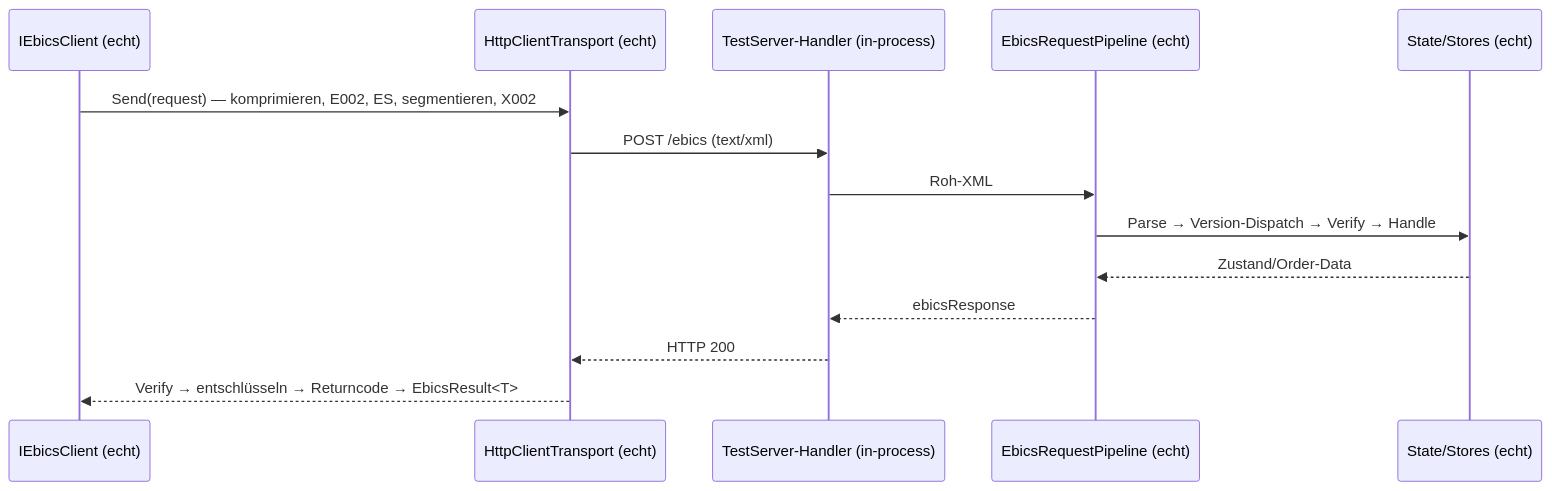
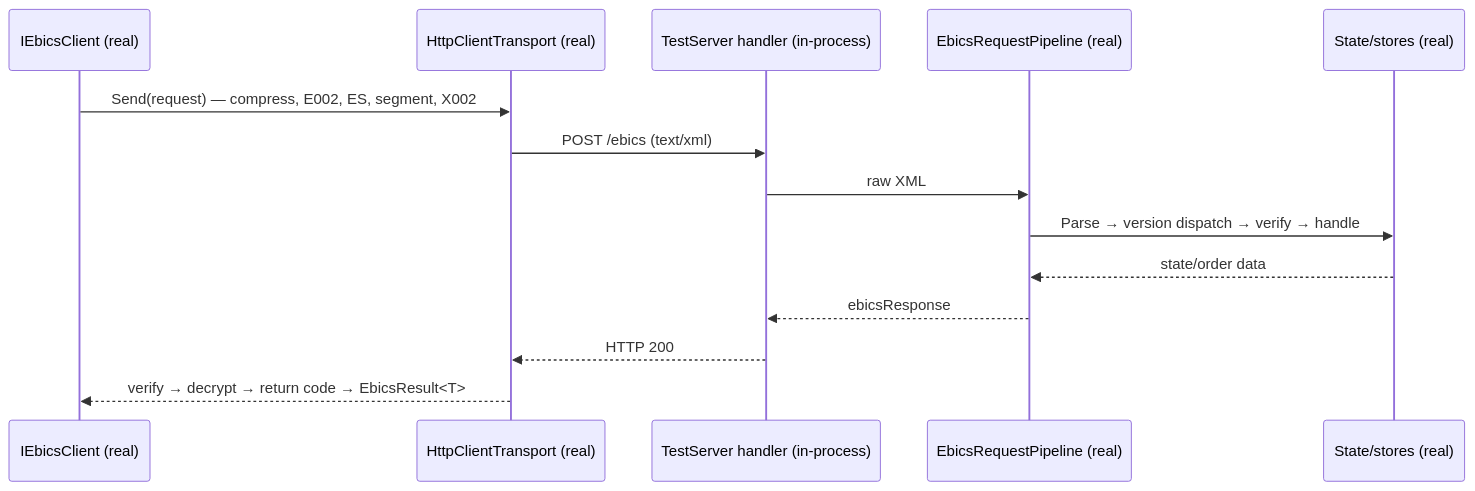
Before and after one commit to dominikz98/ebico: the diagram in docs/development/e2e-connector-server.md, drawn with Mermaid. The commit also changed other lines of this file and 59 other files, not shown here.

````diff
--- a/docs/development/e2e-connector-server.md
+++ b/docs/development/e2e-connector-server.md
@@ -26,17 +26,17 @@
 ```mermaid
 sequenceDiagram
-    participant C as IEbicsClient (echt)
-    participant T as HttpClientTransport (echt)
-    participant H as TestServer-Handler (in-process)
-    participant P as EbicsRequestPipeline (echt)
-    participant S as State/Stores (echt)
+    participant C as IEbicsClient (real)
+    participant T as HttpClientTransport (real)
+    participant H as TestServer handler (in-process)
+    participant P as EbicsRequestPipeline (real)
+    participant S as State/stores (real)
 
-    C->>T: Send(request) — komprimieren, E002, ES, segmentieren, X002
+    C->>T: Send(request) — compress, E002, ES, segment, X002
     T->>H: POST /ebics (text/xml)
-    H->>P: Roh-XML
-    P->>S: Parse → Version-Dispatch → Verify → Handle
-    S-->>P: Zustand/Order-Data
+    H->>P: raw XML
+    P->>S: Parse → version dispatch → verify → handle
+    S-->>P: state/order data
     P-->>H: ebicsResponse
     H-->>T: HTTP 200
-    T-->>C: Verify → entschlüsseln → Returncode → EbicsResult<T>
+    T-->>C: verify → decrypt → return code → EbicsResult<T>
 ```
````
